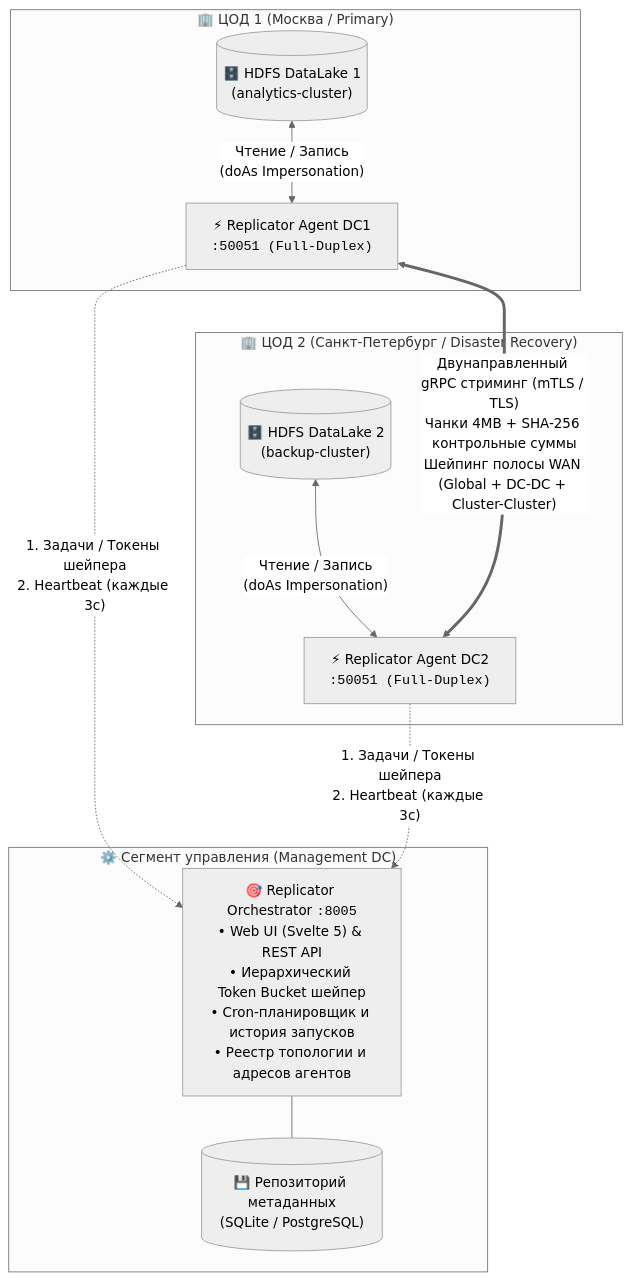
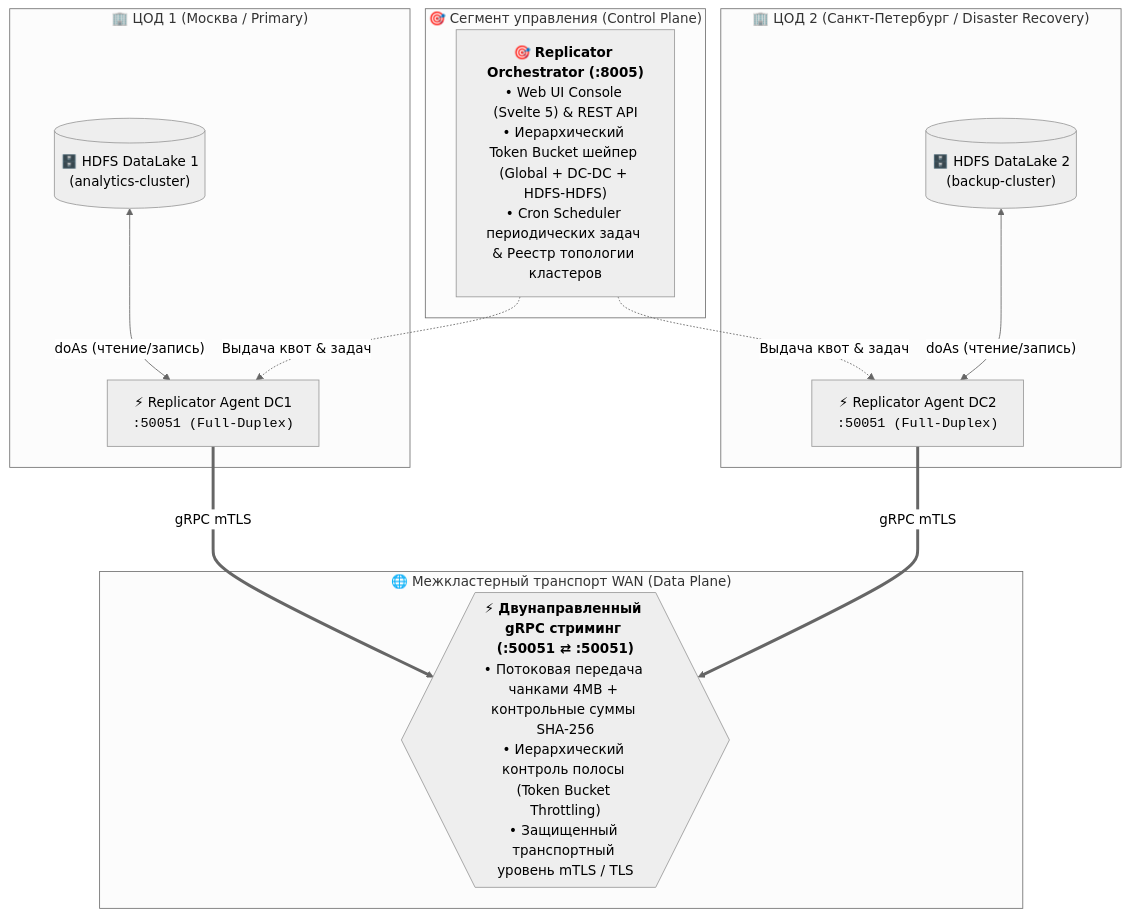
Before and after one commit to balookrd/hadoop-explorer: the first of 2 diagrams in docs/replicator-admin-guide.md, drawn with Mermaid (neutral theme).

Commit message:
docs: balance replicator architecture diagram layout horizontally with symmetrical DC1/DC2 nodes

````diff
--- a/docs/replicator-admin-guide.md
+++ b/docs/replicator-admin-guide.md
@@ -16,27 +16,28 @@
 ```mermaid
-flowchart TB
+flowchart TD
+    subgraph MGMT["🎯 Сегмент управления (Control Plane)"]
+        Orch["🎯 <b>Replicator Orchestrator (:8005)</b><br/>• Web UI Console (Svelte 5) & REST API<br/>• Иерархический Token Bucket шейпер (Global + DC-DC + HDFS-HDFS)<br/>• Cron Scheduler периодических задач & Реестр топологии кластеров"]
+    end
+
     subgraph DC1["🏢 ЦОД 1 (Москва / Primary)"]
         HDFS1[("🗄️ HDFS DataLake 1<br/>(analytics-cluster)")]
         Agent1["⚡ Replicator Agent DC1<br/><code>:50051 (Full-Duplex)</code>"]
-        HDFS1 <-->|"Чтение / Запись<br/>(doAs Impersonation)"| Agent1
+        HDFS1 <-->|"doAs (чтение/запись)"| Agent1
     end
 
     subgraph DC2["🏢 ЦОД 2 (Санкт-Петербург / Disaster Recovery)"]
         HDFS2[("🗄️ HDFS DataLake 2<br/>(backup-cluster)")]
         Agent2["⚡ Replicator Agent DC2<br/><code>:50051 (Full-Duplex)</code>"]
-        HDFS2 <-->|"Чтение / Запись<br/>(doAs Impersonation)"| Agent2
+        HDFS2 <-->|"doAs (чтение/запись)"| Agent2
     end
 
-    subgraph MGMT["⚙️ Сегмент управления (Management DC)"]
-        Orchestrator["🎯 Replicator Orchestrator <code>:8005</code><br/>• Web UI (Svelte 5) & REST API<br/>• Иерархический Token Bucket шейпер<br/>• Cron-планировщик и история запусков<br/>• Реестр топологии и адресов агентов"]
-        DB[("💾 Репозиторий метаданных<br/>(SQLite / PostgreSQL)")]
-        Orchestrator --- DB
+    subgraph WAN["🌐 Межкластерный транспорт WAN (Data Plane)"]
+        Stream{{"⚡ <b>Двунаправленный gRPC стриминг (:50051 ⇄ :50051)</b><br/>• Потоковая передача чанками 4MB + контрольные суммы SHA-256<br/>• Иерархический контроль полосы (Token Bucket Throttling)<br/>• Защищенный транспортный уровень mTLS / TLS"}}
     end
 
-    %% Межкластерная передача
-    Agent1 <===>|"Двунаправленный gRPC стриминг (mTLS / TLS)<br/>Чанки 4MB + SHA-256 контрольные суммы<br/>Шейпинг полосы WAN (Global + DC-DC + Cluster-Cluster)"| Agent2
+    Orch -.->|"Выдача квот & задач"| Agent1
+    Orch -.->|"Выдача квот & задач"| Agent2
 
-    %% Управление и квоты
-    Agent1 -.->|"1. Задачи / Токены шейпера<br/>2. Heartbeat (каждые 3с)"| Orchestrator
-    Agent2 -.->|"1. Задачи / Токены шейпера<br/>2. Heartbeat (каждые 3с)"| Orchestrator
+    Agent1 ===>|"gRPC mTLS"| Stream
+    Agent2 ===>|"gRPC mTLS"| Stream
 ```
````
